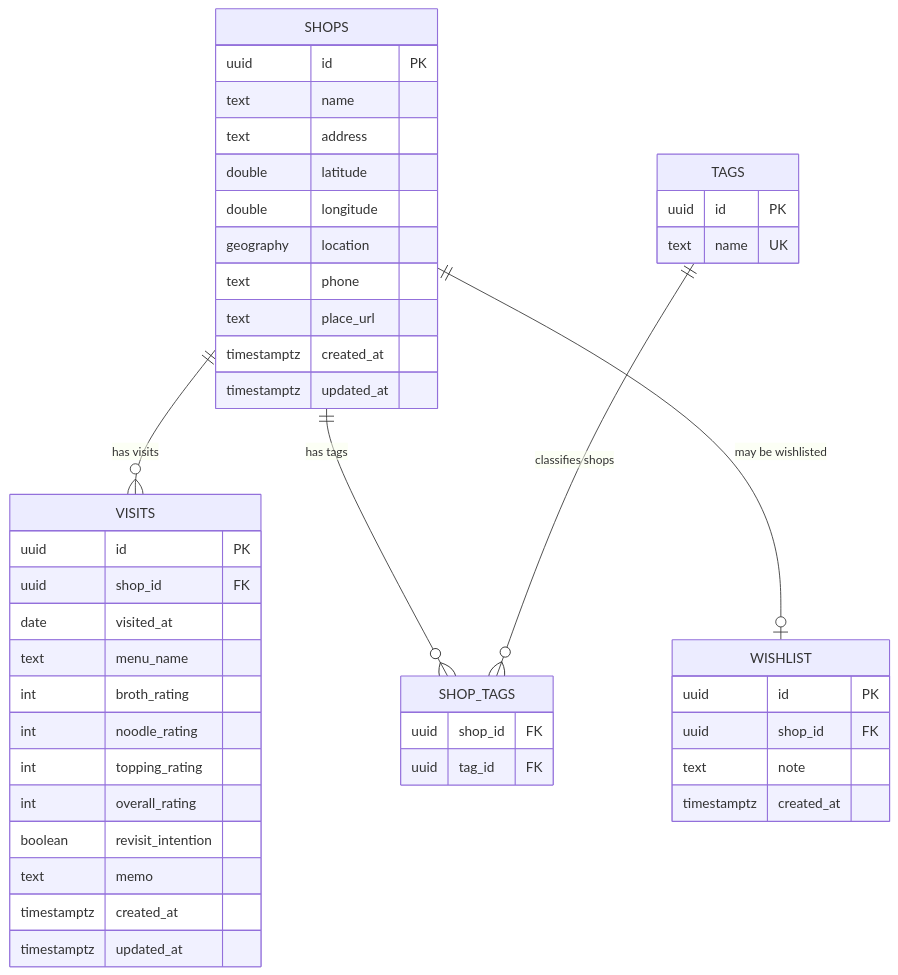
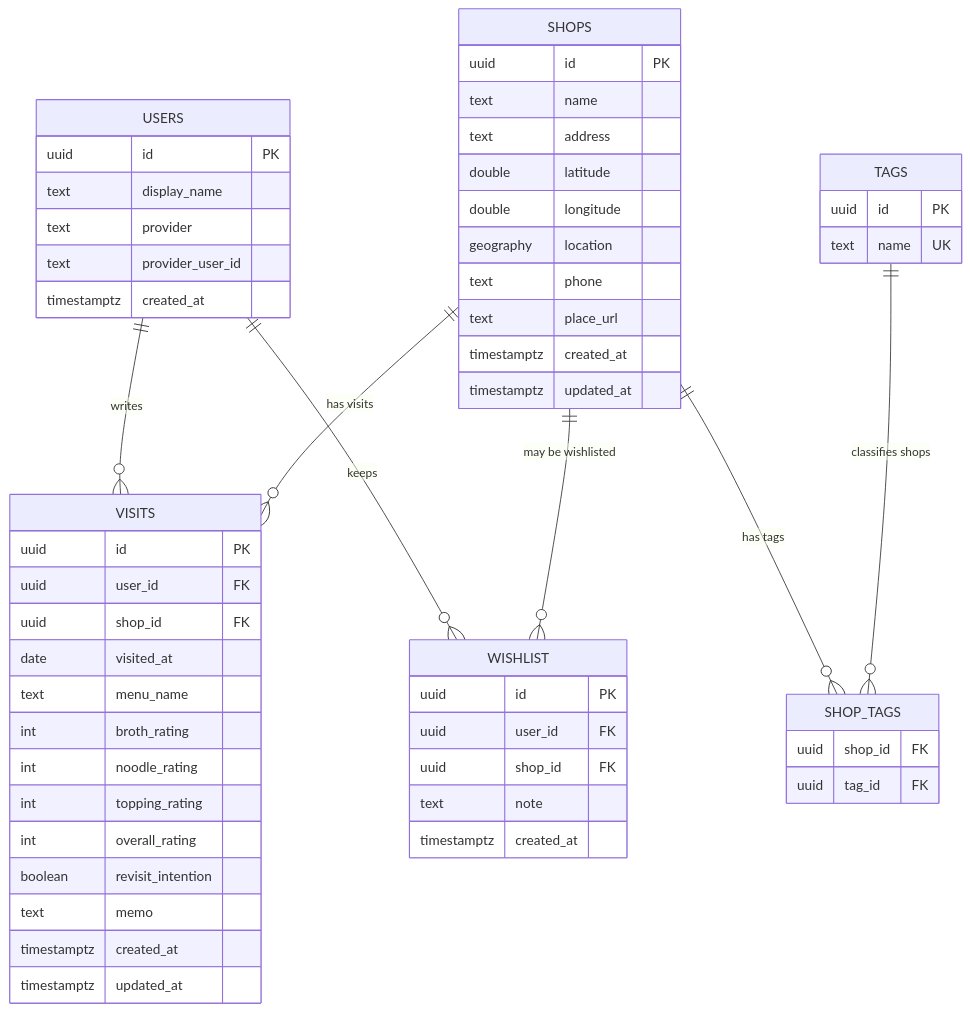
Before and after one commit to easyhooon/ramen-dojang: the first of 2 diagrams in docs/06-database-erd.md, drawn with Mermaid. The commit also changed other lines of this file and 3 other files, not shown here.

````diff
--- a/docs/06-database-erd.md
+++ b/docs/06-database-erd.md
@@ -18,52 +19,64 @@
 ```mermaid
 erDiagram
+  USERS {
+    uuid id PK
+    text display_name
+    text provider
+    text provider_user_id
+    timestamptz created_at
+  }
+
   SHOPS {
     uuid id PK
     text name
     text address
     double latitude
     double longitude
     geography location
     text phone
     text place_url
     timestamptz created_at
     timestamptz updated_at
   }
 
   VISITS {
     uuid id PK
+    uuid user_id FK
     uuid shop_id FK
     date visited_at
     text menu_name
     int broth_rating
     int noodle_rating
     int topping_rating
     int overall_rating
     boolean revisit_intention
     text memo
     timestamptz created_at
     timestamptz updated_at
   }
 
   TAGS {
     uuid id PK
     text name UK
   }
 
   SHOP_TAGS {
     uuid shop_id FK
     uuid tag_id FK
   }
 
   WISHLIST {
     uuid id PK
+    uuid user_id FK
     uuid shop_id FK
     text note
     timestamptz created_at
   }
 
+  USERS ||--o{ VISITS : "writes"
+  USERS ||--o{ WISHLIST : "keeps"
   SHOPS ||--o{ VISITS : "has visits"
   SHOPS ||--o{ SHOP_TAGS : "has tags"
   TAGS ||--o{ SHOP_TAGS : "classifies shops"
-  SHOPS ||--o| WISHLIST : "may be wishlisted"
+  SHOPS ||--o{ WISHLIST : "may be wishlisted"
 ```
````
